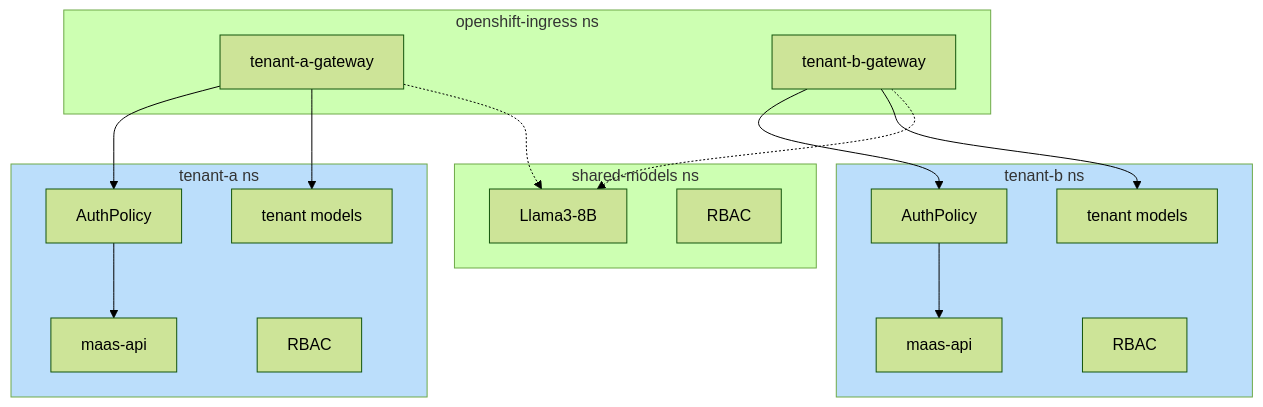
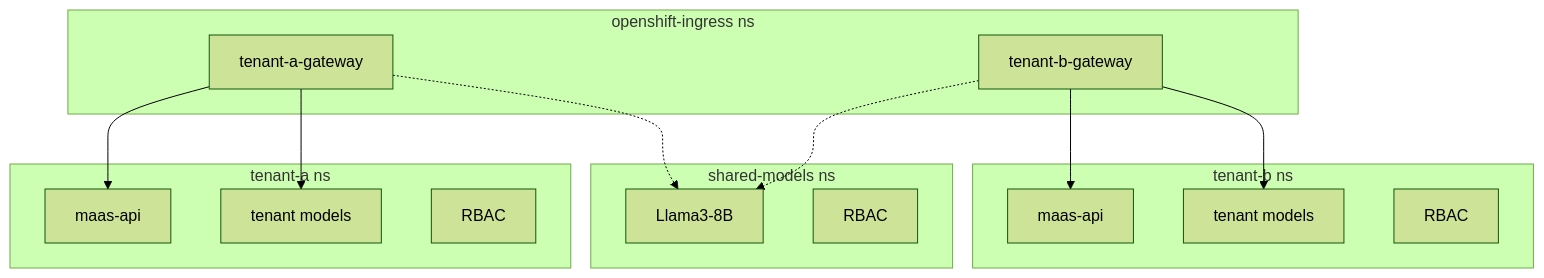
One commit to bartoszmajsak/maas-multi-tenancy-poc changed the diagram in TENANCY_MODEL.md. Above: the diagram before and after it, drawn with Mermaid (forest theme). The commit also changed other lines of this file, not shown here.

Commit message:
chore: cleans up gw diagram

````diff
--- a/TENANCY_MODEL.md
+++ b/TENANCY_MODEL.md
@@ -63,36 +63,29 @@
 ```mermaid
 flowchart TB
     subgraph s1["openshift-ingress ns"]
         GA["tenant-a-gateway"]
         GB["tenant-b-gateway"]
     end
 
     subgraph subGraph2["tenant-a ns"]
-        AP_A["AuthPolicy"]
         MAAS_A["maas-api"]
         MOD_A["tenant models"]
         RBAC_A["RBAC"]
     end
 
     subgraph subGraph3["tenant-b ns"]
-        AP_B["AuthPolicy"]
         MAAS_B["maas-api"]
         MOD_B["tenant models"]
         RBAC_B["RBAC"]
     end
 
     subgraph subGraph4["shared-models ns"]
         SM["Llama3-8B"]
         SM_RBAC["RBAC"]
     end
 
-    GA --> AP_A & MOD_A
-    AP_A --> MAAS_A
-    GB --> AP_B & MOD_B
-    AP_B --> MAAS_B
+    GA --> MAAS_A & MOD_A
+    GB --> MAAS_B & MOD_B
     GA -.-> SM
     GB -.-> SM
-
-    style subGraph2 fill:#BBDEFB
-    style subGraph3 fill:#BBDEFB
 ```
````
